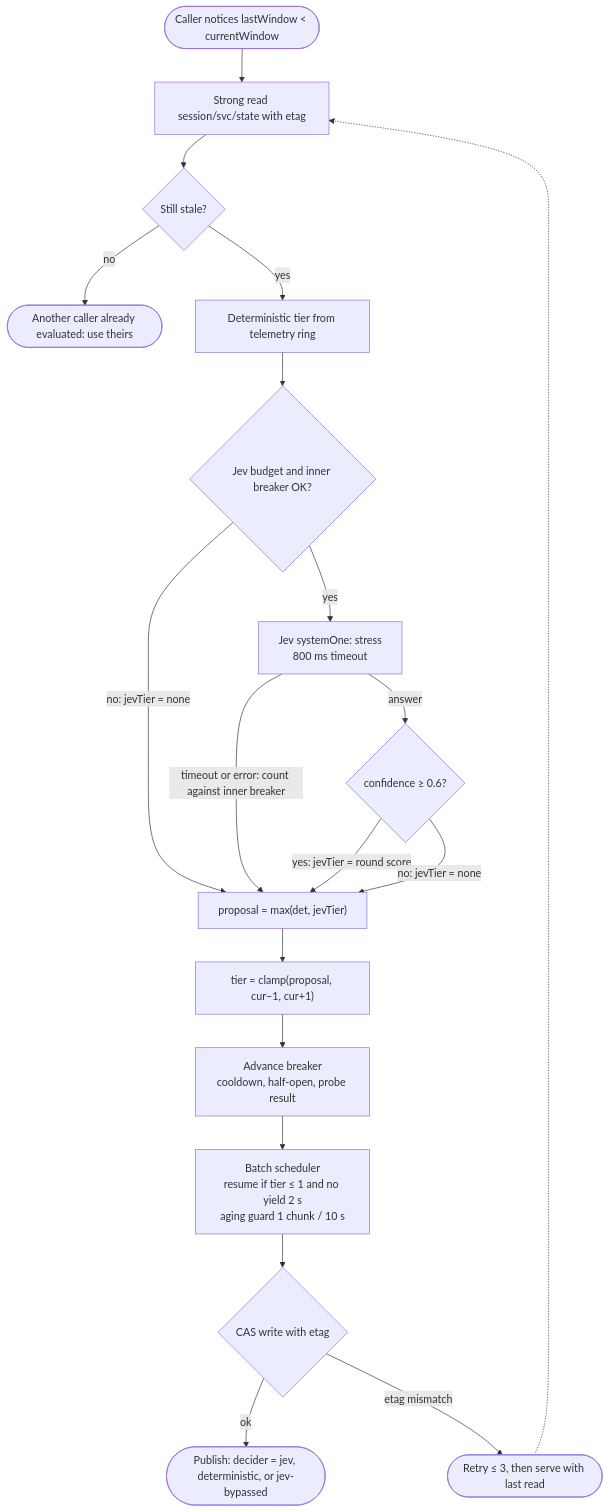
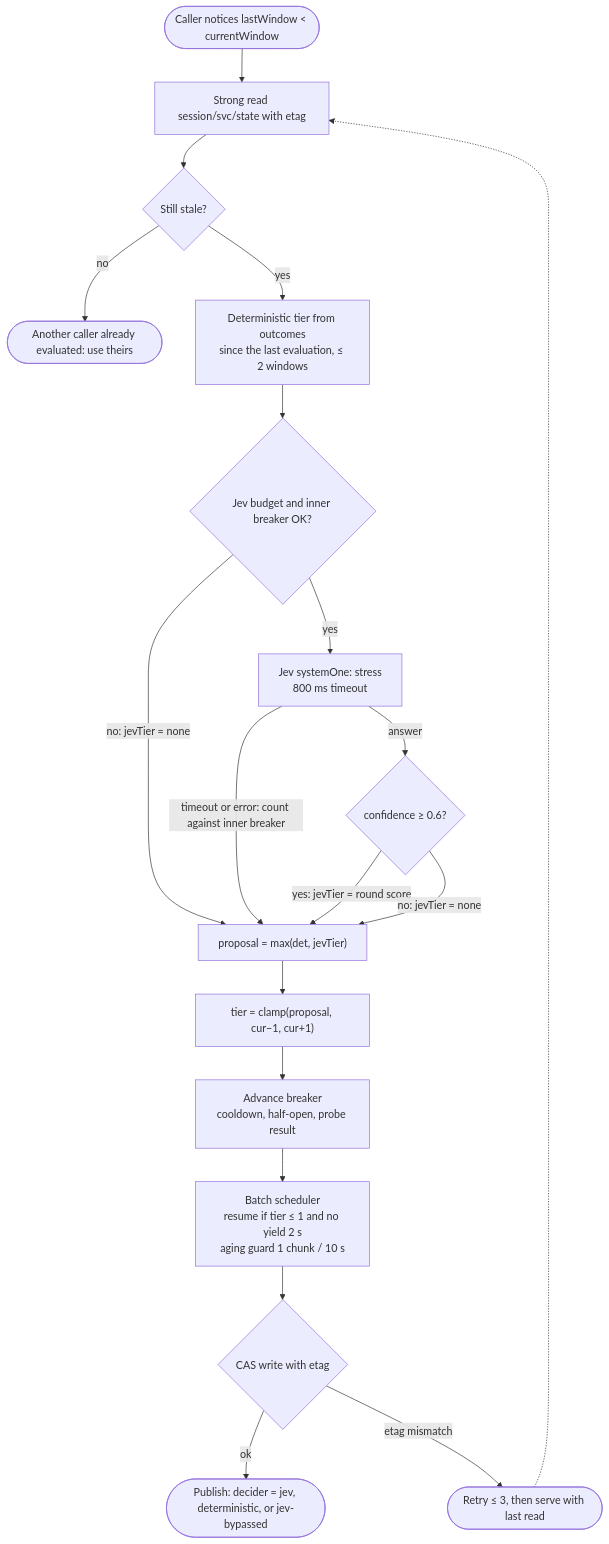
The third of 5 diagrams in docs/control-plane.md (bharath-ramaprasad/infra-guardian), drawn with Mermaid before and after one commit. The commit also changed 4 other files, not shown here.

First line of the commit message:
Evaluate outcomes since the last evaluation; error key on upstream failures; window numbers in tier reasons

````diff
--- a/docs/control-plane.md
+++ b/docs/control-plane.md
@@ -86,32 +86,32 @@
 ```mermaid
 flowchart TB
   START([Caller notices lastWindow < currentWindow])
   READ["Strong read session/svc/state with etag"]
   STALE{Still stale?}
   SKIP([Another caller already evaluated: use theirs])
-  DET["Deterministic tier from telemetry ring"]
+  DET["Deterministic tier from outcomes<br/>since the last evaluation, ≤ 2 windows"]
   BUD{Jev budget and inner breaker OK?}
   CALL["Jev systemOne: stress<br/>800 ms timeout"]
   CONF{confidence ≥ 0.6?}
   MERGE["proposal = max(det, jevTier)"]
   CLAMP["tier = clamp(proposal, cur−1, cur+1)"]
   BRK["Advance breaker<br/>cooldown, half-open, probe result"]
   JOBS["Batch scheduler<br/>resume if tier ≤ 1 and no yield 2 s<br/>aging guard 1 chunk / 10 s"]
   CAS{CAS write with etag}
   DONE(["Publish: decider = jev, deterministic, or jev-bypassed"])
   RETRY([Retry ≤ 3, then serve with last read])
 
   START --> READ --> STALE
   STALE -->|no| SKIP
   STALE -->|yes| DET --> BUD
   BUD -->|yes| CALL
   BUD -->|no: jevTier = none| MERGE
   CALL -->|answer| CONF
   CALL -->|timeout or error: count against inner breaker| MERGE
   CONF -->|yes: jevTier = round score| MERGE
   CONF -->|no: jevTier = none| MERGE
   MERGE --> CLAMP --> BRK --> JOBS --> CAS
   CAS -->|ok| DONE
   CAS -->|etag mismatch| RETRY
   RETRY -.-> READ
 ```
````
